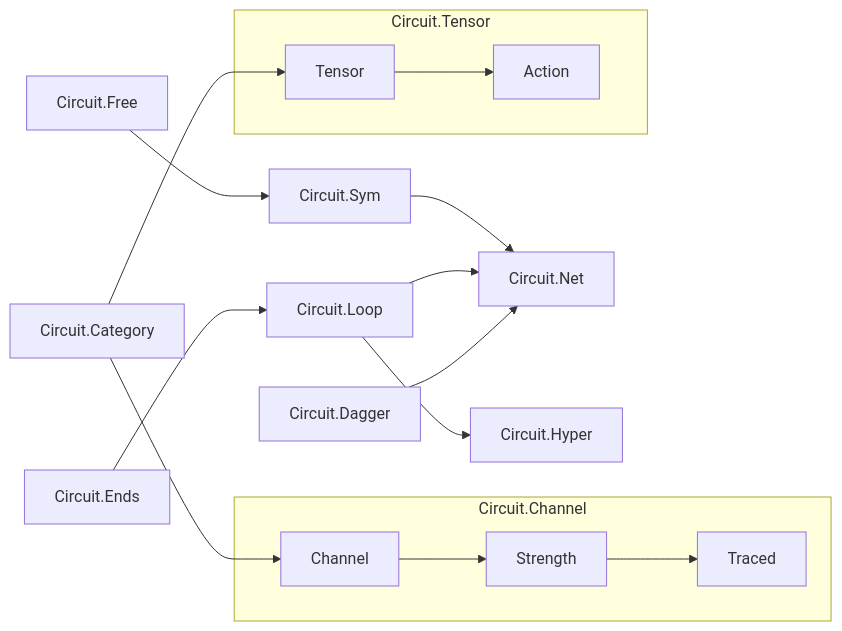
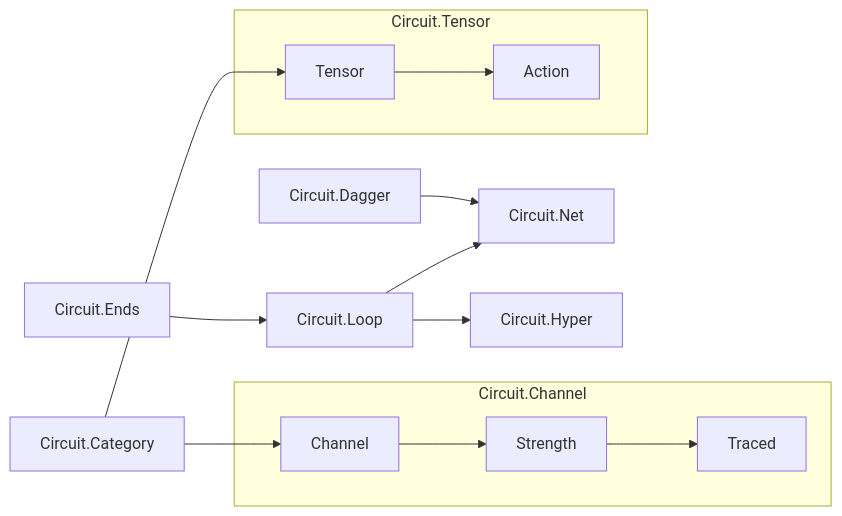
The third of 3 diagrams in other/circuits-dag.md (tonyday567/circuits), drawn with Mermaid before and after one commit. The commit also changed 17 other files, not shown here.

````diff
--- a/other/circuits-dag.md
+++ b/other/circuits-dag.md
@@ -90,31 +90,28 @@
 ```mermaid
 graph LR
   Category["Circuit.Category"]
 
   subgraph Channel ["Circuit.Channel"]
     ChannelClass["Channel"]
     Strength["Strength"]
     Traced["Traced"]
   end
 
   subgraph Tensor ["Circuit.Tensor"]
     TensorClass["Tensor"]
     Action["Action"]
   end
 
-  Free["Circuit.Free"]
-  Sym["Circuit.Sym"]
   Net["Circuit.Net"]
   Loop["Circuit.Loop"]
   Hyper["Circuit.Hyper"]
   Dagger["Circuit.Dagger"]
   Ends["Circuit.Ends"]
 
   Category --> ChannelClass --> Strength --> Traced
   Category --> TensorClass --> Action
-  Free --> Sym --> Net
   Loop --> Net
   Loop --> Hyper
   Dagger --> Net
   Ends --> Loop
 ```
````
